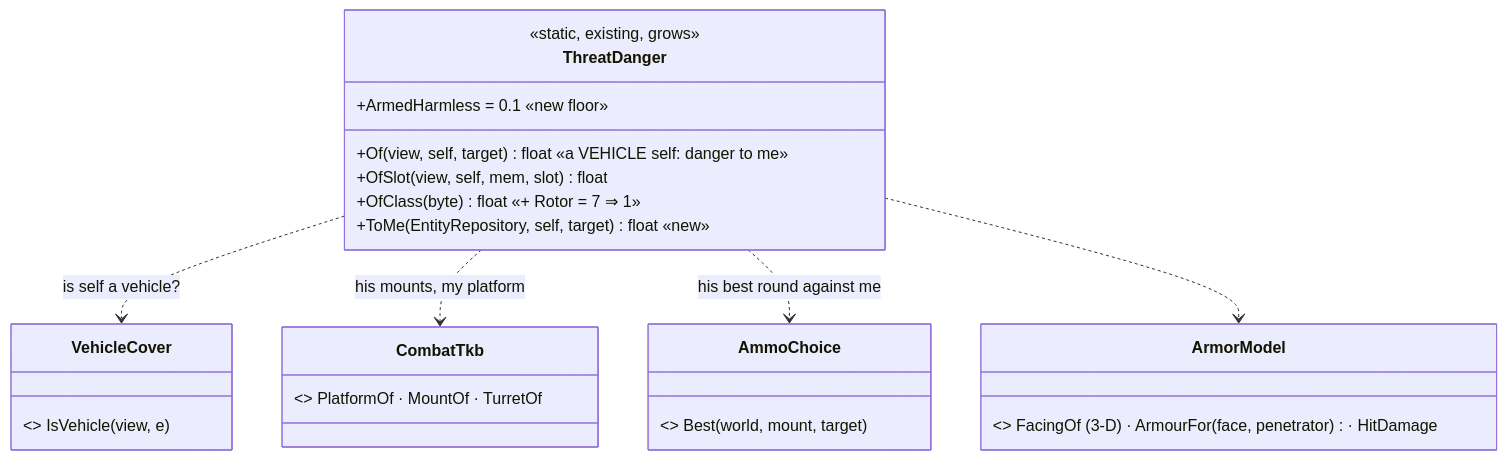
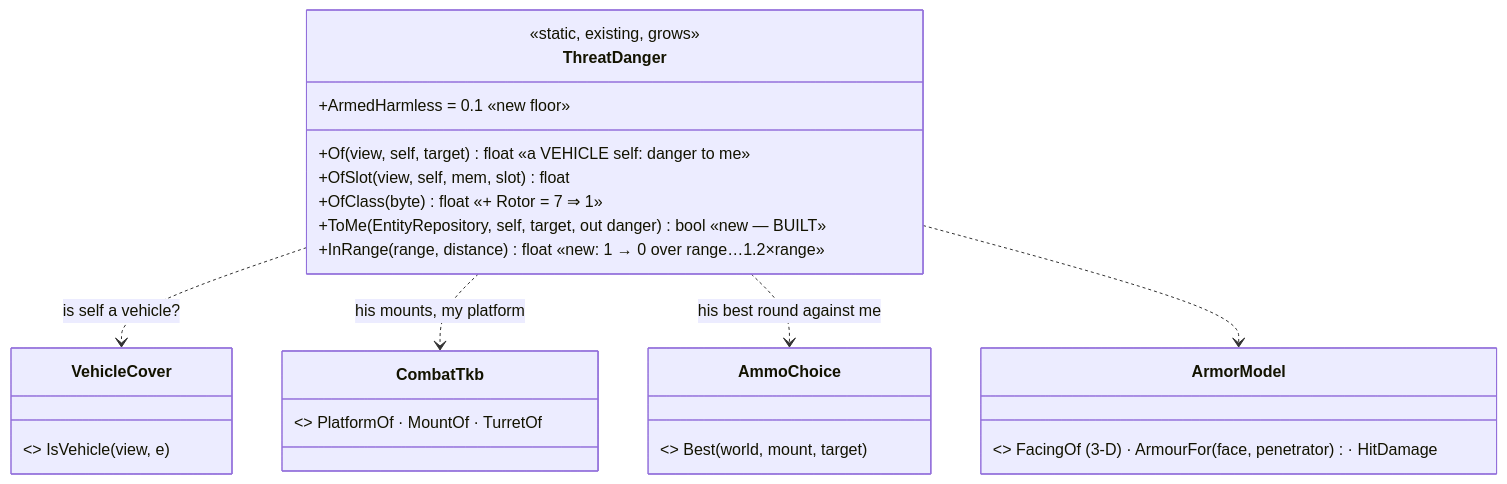
One commit to pjanec/HROT changed the first of 7 diagrams in docs/designs/vehicle-tactics/DESIGN_Vehicle_Exposure_Cycle.md. Above: the diagram before and after it, drawn with Mermaid. The commit also changed other lines of this file and 14 other files, not shown here.

````diff
--- a/docs/designs/vehicle-tactics/DESIGN_Vehicle_Exposure_Cycle.md
+++ b/docs/designs/vehicle-tactics/DESIGN_Vehicle_Exposure_Cycle.md
@@ -57,19 +57,20 @@
 ```mermaid
 classDiagram
   class ThreatDanger {
     <<static, existing, grows>>
     +Of(view, self, target) float  «a VEHICLE self: danger to me»
     +OfSlot(view, self, mem, slot) float
     +OfClass(byte) float  «+ Rotor = 7 ⇒ 1»
-    +ToMe(EntityRepository, self, target) float  «new»
+    +ToMe(EntityRepository, self, target, out danger) bool  «new — BUILT»
     +ArmedHarmless = 0.1  «new floor»
+    +InRange(range, distance) float  «new: 1 → 0 over range…1.2×range»
   }
   class CombatTkb { <<existing>> PlatformOf · MountOf · TurretOf }
   class ArmorModel { <<existing, grows — Armour Hit Model §2>> FacingOf (3-D) · ArmourFor(face, penetrator) · HitDamage }
   class AmmoChoice { <<new — Missiles §2>> Best(world, mount, target) }
   class VehicleCover { <<existing>> IsVehicle(view, e) }
   ThreatDanger ..> VehicleCover : is self a vehicle?
   ThreatDanger ..> CombatTkb : his mounts, my platform
   ThreatDanger ..> AmmoChoice : his best round against me
   ThreatDanger ..> ArmorModel
 ```
````
